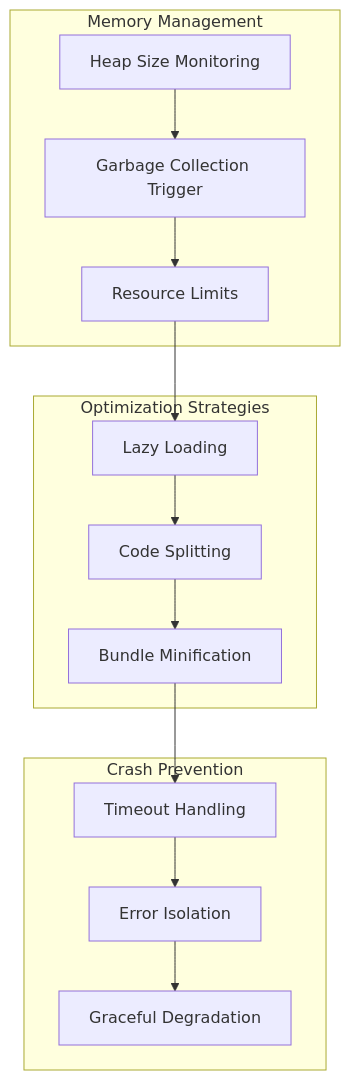
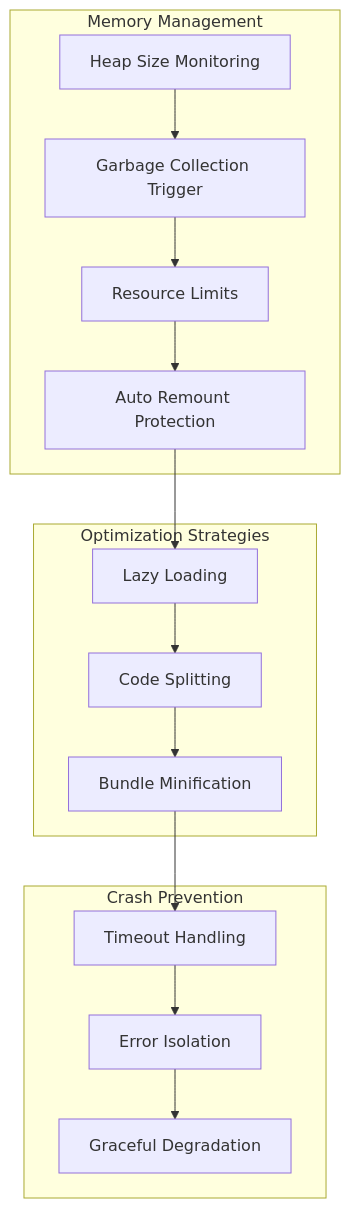
One commit to shekhargiri005-dotcom/AI-powered-accessibility-first-UI-engine changed the seventh of 11 diagrams in .qoder/repowiki/en/content/Sandbox Runtime Crash Handling.md. Above: the diagram before and after it, drawn with Mermaid. The commit also changed other lines of this file and 3 other files, not shown here.

````diff
--- a/.qoder/repowiki/en/content/Sandbox Runtime Crash Handling.md
+++ b/.qoder/repowiki/en/content/Sandbox Runtime Crash Handling.md
@@ -268,26 +289,28 @@
 ```mermaid
 graph TB
 subgraph "Memory Management"
 HeapSize[Heap Size Monitoring]
 GCTrigger[Garbage Collection Trigger]
 ResourceLimit[Resource Limits]
+AutoRemount[Auto Remount Protection]
 end
 subgraph "Optimization Strategies"
 LazyLoading[Lazy Loading]
 CodeSplitting[Code Splitting]
 BundleMinification[Bundle Minification]
 end
 subgraph "Crash Prevention"
 TimeoutHandling[Timeout Handling]
 ErrorIsolation[Error Isolation]
 GracefulDegradation[Graceful Degradation]
 end
 HeapSize --> GCTrigger
 GCTrigger --> ResourceLimit
-ResourceLimit --> LazyLoading
+ResourceLimit --> AutoRemount
+AutoRemount --> LazyLoading
 LazyLoading --> CodeSplitting
 CodeSplitting --> BundleMinification
 BundleMinification --> TimeoutHandling
 TimeoutHandling --> ErrorIsolation
 ErrorIsolation --> GracefulDegradation
 ```
````
